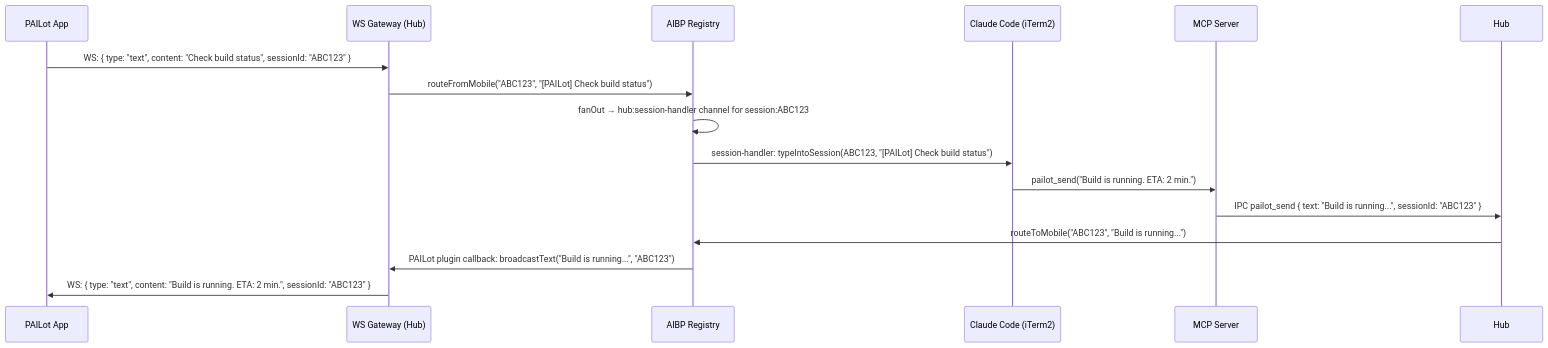
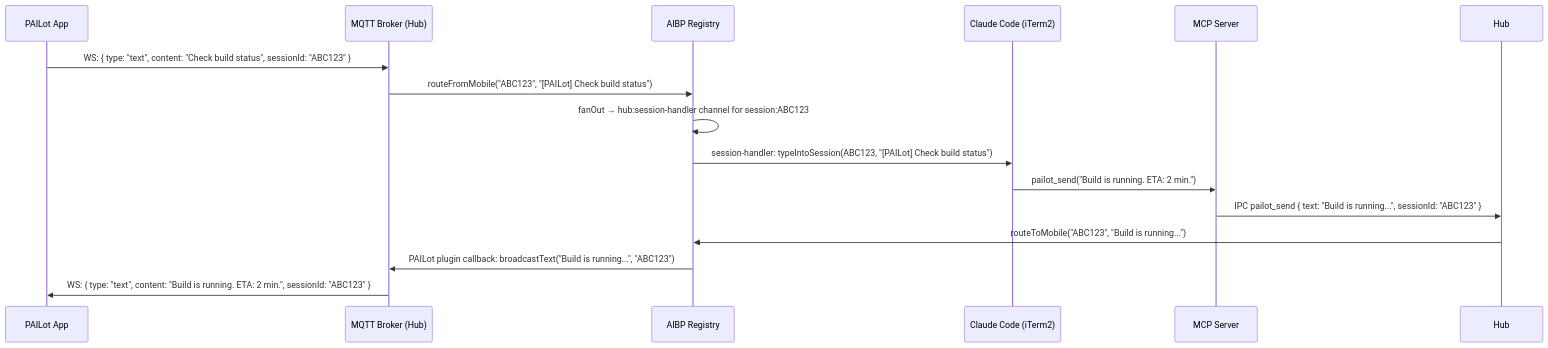
The third of 14 diagrams in docs/use-cases.md (mnott/AIBroker), drawn with Mermaid before and after one commit. The commit also changed other lines of this file and 23 other files, not shown here.

````diff
--- a/docs/use-cases.md
+++ b/docs/use-cases.md
@@ -80,18 +80,18 @@
 ```mermaid
 sequenceDiagram
     participant App as PAILot App
-    participant GW as WS Gateway (Hub)
+    participant GW as MQTT Broker (Hub)
     participant AIBP as AIBP Registry
     participant CC as Claude Code (iTerm2)
     participant MCP as MCP Server
 
     App->>GW: WS: { type: "text", content: "Check build status", sessionId: "ABC123" }
     GW->>AIBP: routeFromMobile("ABC123", "[PAILot] Check build status")
     AIBP->>AIBP: fanOut → hub:session-handler channel for session:ABC123
     AIBP->>CC: session-handler: typeIntoSession(ABC123, "[PAILot] Check build status")
     CC->>MCP: pailot_send("Build is running. ETA: 2 min.")
     MCP->>Hub: IPC pailot_send { text: "Build is running...", sessionId: "ABC123" }
     Hub->>AIBP: routeToMobile("ABC123", "Build is running...")
     AIBP->>GW: PAILot plugin callback: broadcastText("Build is running...", "ABC123")
     GW->>App: WS: { type: "text", content: "Build is running. ETA: 2 min.", sessionId: "ABC123" }
 ```
````
